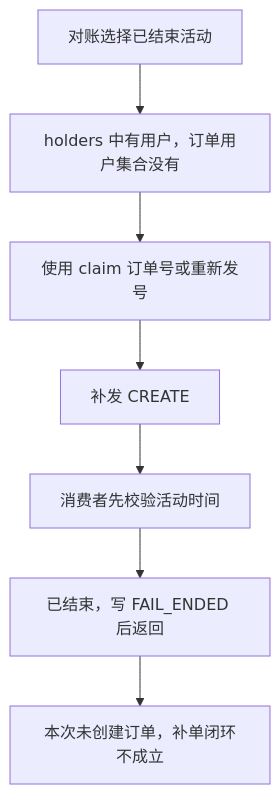
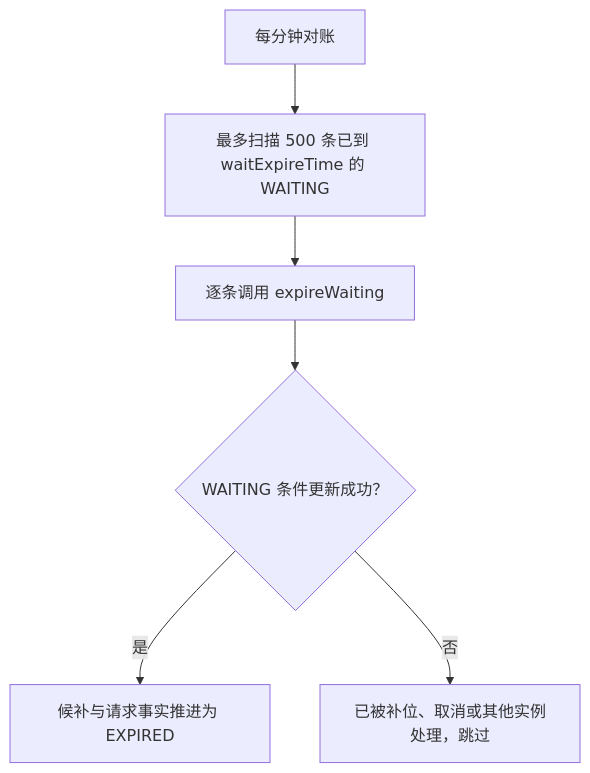
The fifth of 13 diagrams in 04-最终一致性与缓存治理.md (SyH-101/citypass-platform), drawn with Mermaid before and after one commit. The commit also changed other lines of this file and 1 other file, not shown here.

````diff
--- a/04-最终一致性与缓存治理.md
+++ b/04-最终一致性与缓存治理.md
@@ -658,9 +640,8 @@
 ```mermaid
 flowchart TD
-    A["对账选择已结束活动"] --> B["holders 中有用户，订单用户集合没有"]
-    B --> C["使用 claim 订单号或重新发号"]
-    C --> D["补发 CREATE"]
-    D --> E["消费者先校验活动时间"]
-    E --> F["已结束，写 FAIL_ENDED 后返回"]
-    F --> G["本次未创建订单，补单闭环不成立"]
+    A["每分钟对账"] --> B["最多扫描 500 条已到 waitExpireTime 的 WAITING"]
+    B --> C["逐条调用 expireWaiting"]
+    C --> D{"WAITING 条件更新成功？"}
+    D -->|是| E["候补与请求事实推进为 EXPIRED"]
+    D -->|否| F["已被补位、取消或其他实例处理，跳过"]
 ```
````
